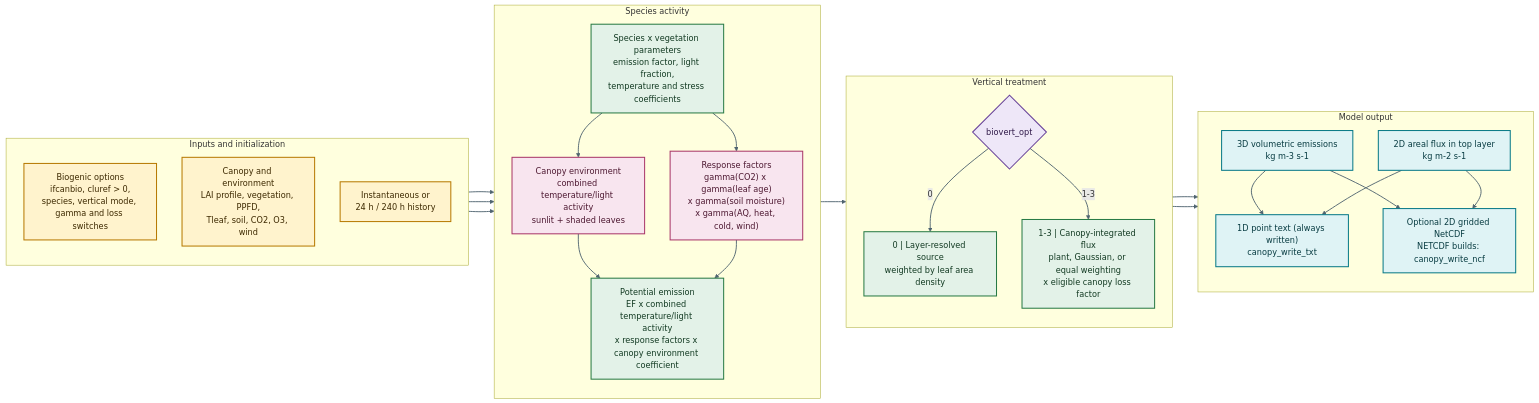
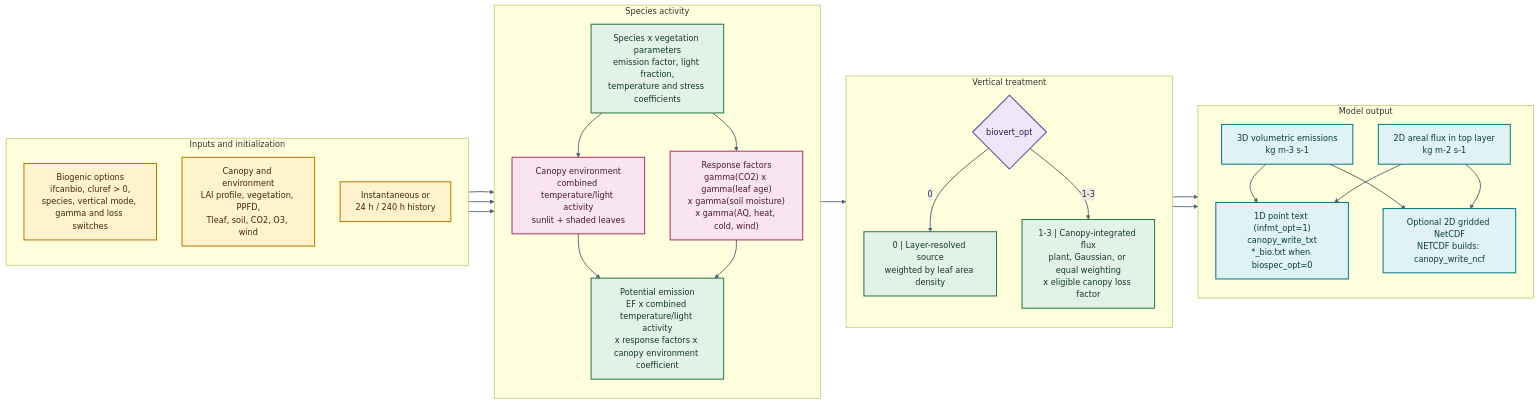
One commit to noaa-oar-arl/canopy-app changed the diagram in docs/development/biogenic_emissions_flowchart_simplified.mmd. Above: the diagram before and after it, drawn with Mermaid. The commit also changed 2 other files, not shown here.

Commit message:
More bio flowchart updates and ci.yml update.

```diff
--- a/docs/development/biogenic_emissions_flowchart_simplified.mmd
+++ b/docs/development/biogenic_emissions_flowchart_simplified.mmd
@@ -1,53 +1,53 @@
 flowchart LR
     classDef input fill:#FFF3CD,stroke:#B77900,color:#3D2900,stroke-width:2px
     classDef model fill:#E3F2E8,stroke:#287A45,color:#123A22,stroke-width:2px
     classDef factor fill:#F8E5EF,stroke:#A93669,color:#4D1831,stroke-width:2px
     classDef decision fill:#EEE7F8,stroke:#68429A,color:#2F1948,stroke-width:2px
     classDef output fill:#DFF3F5,stroke:#087987,color:#073B41,stroke-width:2px
 
     subgraph A["Inputs and initialization"]
         direction TB
         CFG["Biogenic options<br/>ifcanbio, cluref > 0,<br/>species, vertical mode, gamma and loss switches"]:::input
         STATE["Canopy and environment<br/>LAI profile, vegetation, PPFD,<br/>Tleaf, soil, CO2, O3, wind"]:::input
         HIST["Instantaneous or<br/>24 h / 240 h history"]:::input
     end
 
     subgraph B["Species activity"]
         direction TB
         PARM["Species x vegetation parameters<br/>emission factor, light fraction,<br/>temperature and stress coefficients"]:::model
         ENV["Canopy environment<br/>combined temperature/light activity<br/>sunlit + shaded leaves"]:::factor
         MOD["Response factors<br/>gamma(CO2) x gamma(leaf age)<br/>x gamma(soil moisture)<br/>x gamma(AQ, heat, cold, wind)"]:::factor
         EMIS["Potential emission<br/>EF x combined temperature/light activity<br/>x response factors x canopy environment coefficient"]:::model
     end
 
     subgraph C["Vertical treatment"]
         direction TB
         VERT{"biovert_opt"}:::decision
         PROFILE["0 | Layer-resolved source<br/>weighted by leaf area density"]:::model
         INTEGRATE["1-3 | Canopy-integrated flux<br/>plant, Gaussian, or equal weighting<br/>x eligible canopy loss factor"]:::model
     end
 
     subgraph D["Model output"]
         direction TB
         VOL["3D volumetric emissions<br/>kg m-3 s-1"]:::output
         AREA["2D areal flux in top layer<br/>kg m-2 s-1"]:::output
-        WRITE["1D point text (always written)<br/>canopy_write_txt"]:::output
+        WRITE["1D point text (infmt_opt=1)<br/>canopy_write_txt<br/>*_bio.txt when biospec_opt=0"]:::output
         NCF["Optional 2D gridded NetCDF<br/>NETCDF builds: canopy_write_ncf"]:::output
     end
 
     CFG --> PARM
     STATE --> ENV
     HIST --> ENV
     PARM --> ENV
     PARM --> MOD
     ENV --> EMIS
     MOD --> EMIS
     EMIS --> VERT
     VERT -->|0| PROFILE --> VOL
     VERT -->|1-3| INTEGRATE --> AREA
     VOL --> WRITE
     AREA --> WRITE
     VOL --> NCF
     AREA --> NCF
 
     linkStyle default stroke:#4F6470,stroke-width:1.8px
```
